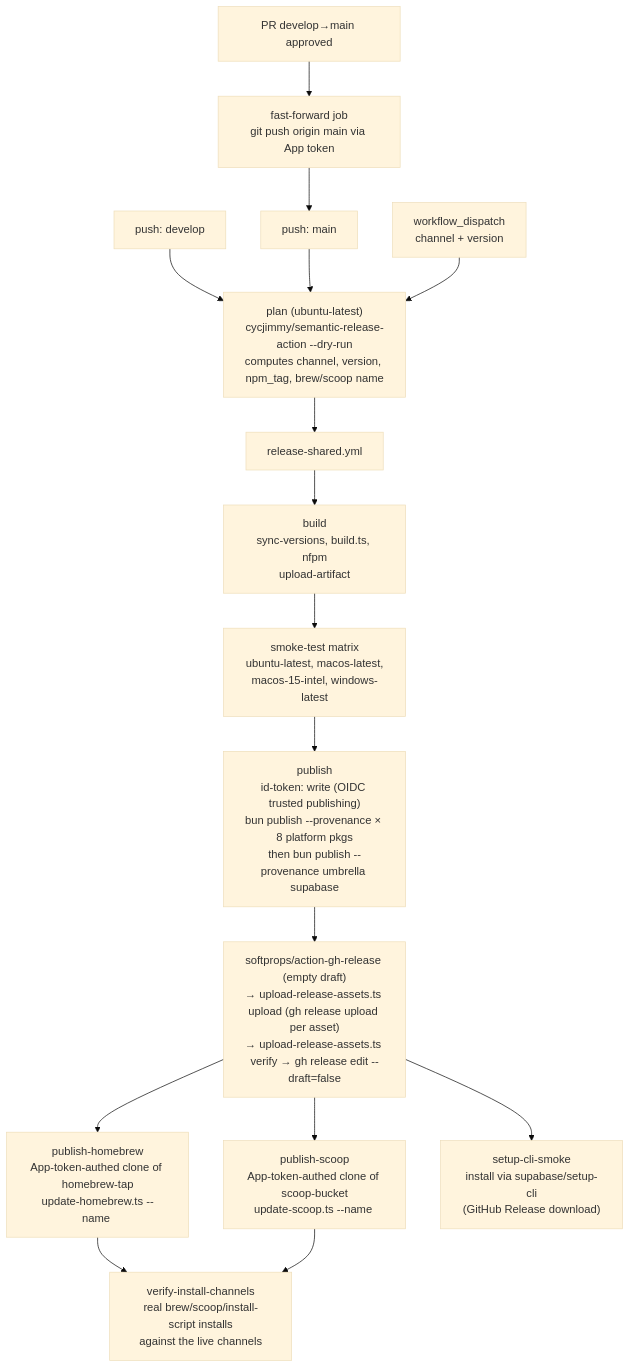
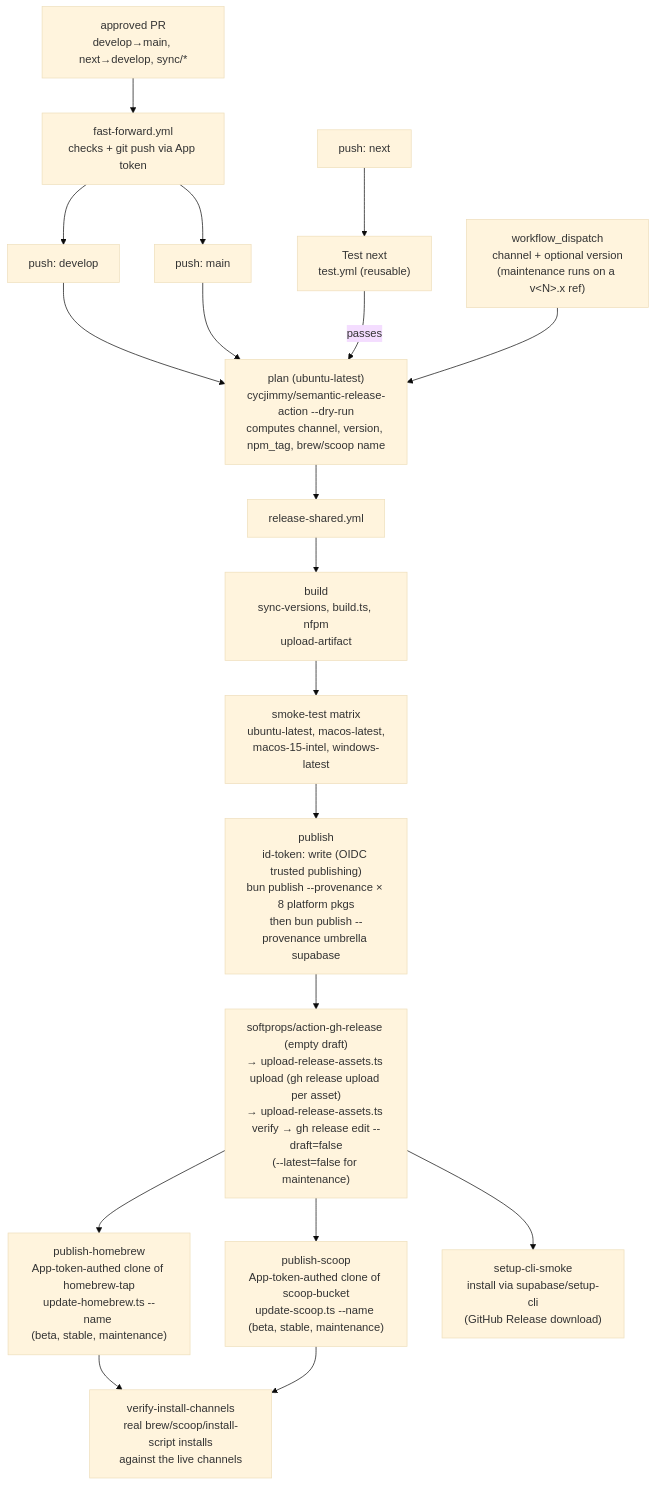
One commit to supabase/cli changed the third of 3 diagrams in apps/cli/docs/release-process.md. Above: the diagram before and after it, drawn with Mermaid (base theme). The commit also changed other lines of this file and 56 other files, not shown here.

Commit message:
ci(release): add next channel, maintenance lines and guarded promotions (CLI-2630)

````diff
--- a/apps/cli/docs/release-process.md
+++ b/apps/cli/docs/release-process.md
@@ -220,22 +246,25 @@
 ```mermaid
 flowchart TD
     pushDev[push: develop] --> plan
     pushMain[push: main] --> plan
-    pr[PR develop→main approved] --> ff[fast-forward job<br/>git push origin main via App token]
+    pushNext[push: next] --> testNext["Test next<br/>test.yml (reusable)"]
+    testNext -->|passes| plan
+    pr["approved PR<br/>develop→main, next→develop, sync/*"] --> ff["fast-forward.yml<br/>checks + git push via App token"]
     ff --> pushMain
-    dispatch[workflow_dispatch<br/>channel + version] --> plan
+    ff --> pushDev
+    dispatch["workflow_dispatch<br/>channel + optional version<br/>(maintenance runs on a v&lt;N&gt;.x ref)"] --> plan
 
     plan["plan (ubuntu-latest)<br/>cycjimmy/semantic-release-action --dry-run<br/>computes channel, version, npm_tag, brew/scoop name"]
     plan --> shared
 
     shared["release-shared.yml"]
     shared --> build["build<br/>sync-versions, build.ts, nfpm<br/>upload-artifact"]
     build --> smoke["smoke-test matrix<br/>ubuntu-latest, macos-latest,<br/>macos-15-intel, windows-latest"]
     smoke --> pub["publish<br/>id-token: write (OIDC trusted publishing)<br/>bun publish --provenance × 8 platform pkgs<br/>then bun publish --provenance umbrella supabase"]
-    pub --> rel["softprops/action-gh-release (empty draft)<br/>→ upload-release-assets.ts upload (gh release upload per asset)<br/>→ upload-release-assets.ts verify → gh release edit --draft=false"]
-    rel --> hb["publish-homebrew<br/>App-token-authed clone of homebrew-tap<br/>update-homebrew.ts --name <brew_name>"]
-    rel --> sc["publish-scoop<br/>App-token-authed clone of scoop-bucket<br/>update-scoop.ts --name <scoop_name>"]
+    pub --> rel["softprops/action-gh-release (empty draft)<br/>→ upload-release-assets.ts upload (gh release upload per asset)<br/>→ upload-release-assets.ts verify → gh release edit --draft=false<br/>(--latest=false for maintenance)"]
+    rel --> hb["publish-homebrew<br/>App-token-authed clone of homebrew-tap<br/>update-homebrew.ts --name <brew_name><br/>(beta, stable, maintenance)"]
+    rel --> sc["publish-scoop<br/>App-token-authed clone of scoop-bucket<br/>update-scoop.ts --name <scoop_name><br/>(beta, stable, maintenance)"]
     rel --> sucs["setup-cli-smoke<br/>install via supabase/setup-cli<br/>(GitHub Release download)"]
     hb --> vic["verify-install-channels<br/>real brew/scoop/install-script installs<br/>against the live channels"]
     sc --> vic
 ```
````
